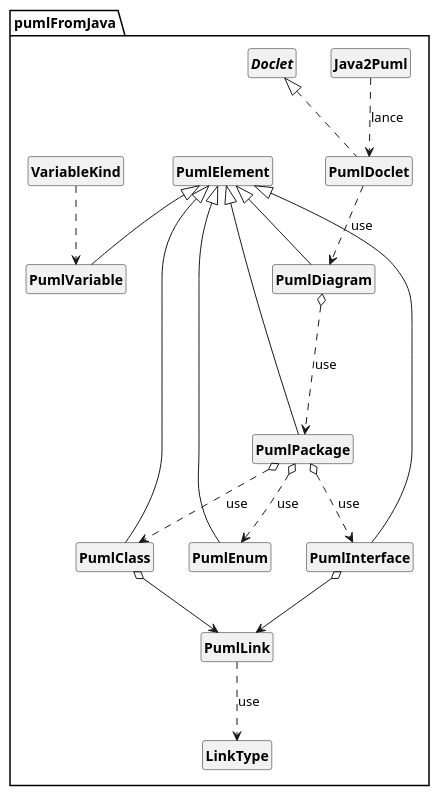
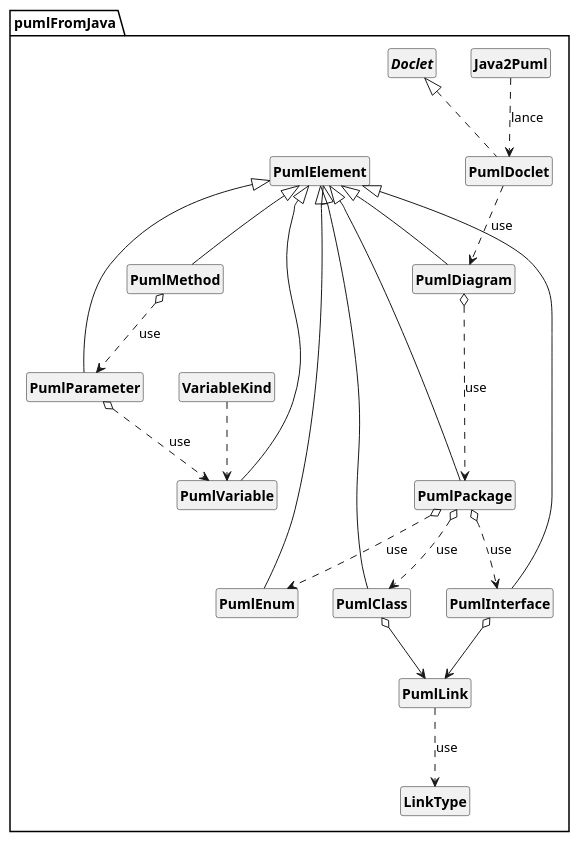
One commit to Lykomonix/API-JAVAtoPUML changed the diagram in uml/DCA API.puml. Above: the diagram before and after it, drawn with PlantUML. The commit also changed 2 other files, not shown here.

```diff
--- a/uml/DCA API.puml
+++ b/uml/DCA API.puml
@@ -1,47 +1,52 @@
 @startuml
 
 skinparam style strictuml
 skinparam classAttributeIconSize 0
 skinparam classFontStyle Bold
 hide empty members
 
 Package "pumlFromJava" {
 
 class Java2Puml
 
 class PumlDoclet implements Doclet
 
 class PumlElement
 
 class PumlDiagram extends PumlElement
 
 class PumlClass extends PumlElement
 
 class PumlEnum extends PumlElement
 
 class PumlInterface extends PumlElement
 
 class PumlPackage extends PumlElement
 
 class PumlLink
 
 class PumlVariable extends PumlElement
 
+class PumlParameter extends PumlElement
+
+class PumlMethod extends PumlElement
 
 enum LinkType
 
 enum VariableKind
 
 PumlDoclet ..> PumlDiagram : use
 Java2Puml ..> PumlDoclet : lance
 PumlDiagram o...> PumlPackage : use
 PumlPackage o..> PumlClass : use
 PumlPackage o..> PumlInterface : use
 PumlPackage o..> PumlEnum : use
 PumlLink ..> LinkType : use
 PumlInterface o--> PumlLink
 PumlClass o--> PumlLink
 VariableKind ..> PumlVariable
+PumlParameter o..> PumlVariable: use
+PumlMethod o..> PumlParameter : use
 }
 
 @enduml
```
